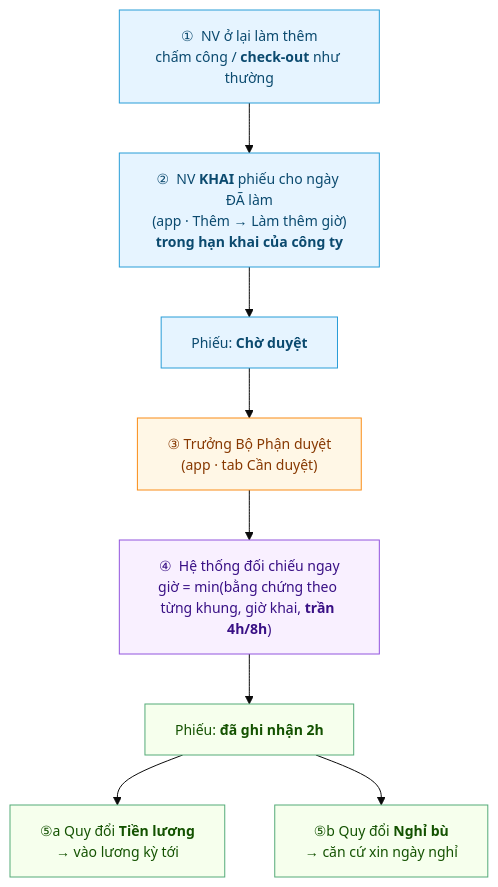
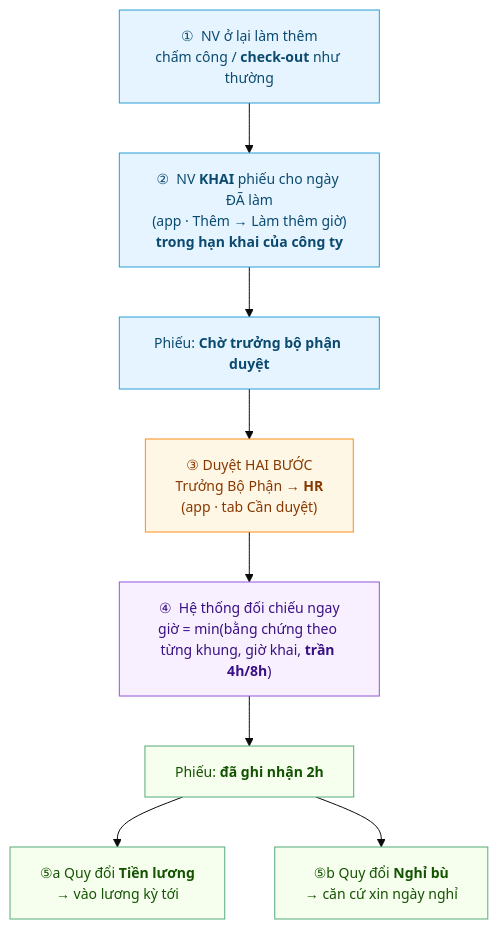
The diagram in users/Hanh-Trinh-OT.md (CobeGroup/cobe_erp_documents), drawn with Mermaid before and after one commit. The commit also changed other lines of this file and 18 other files, not shown here.

````diff
--- a/users/Hanh-Trinh-OT.md
+++ b/users/Hanh-Trinh-OT.md
@@ -32,19 +32,19 @@
 ```mermaid
 %%{init:{'theme':'base','themeVariables':{'fontSize':'14px'}}}%%
 flowchart TB
   classDef nv fill:#e6f4ff,stroke:#299dd8,color:#0b4a6f;
   classDef mg fill:#fff7e6,stroke:#fa8c16,color:#873800;
   classDef sys fill:#f9f0ff,stroke:#9254de,color:#391085;
   classDef ok fill:#f6ffed,stroke:#54ab78,color:#135200;
   A["①  NV ở lại làm thêm<br/>chấm công / <b>check-out</b> như thường"]:::nv
   B["②  NV <b>KHAI</b> phiếu cho ngày ĐÃ làm<br/>(app · Thêm → Làm thêm giờ)<br/><b>trong hạn khai của công ty</b>"]:::nv
-  C["Phiếu: <b>Chờ duyệt</b>"]:::nv
-  D["③  Trưởng Bộ Phận duyệt<br/>(app · tab Cần duyệt)"]:::mg
+  C["Phiếu: <b>Chờ trưởng bộ phận duyệt</b>"]:::nv
+  D["③  Duyệt HAI BƯỚC<br/>Trưởng Bộ Phận → <b>HR</b><br/>(app · tab Cần duyệt)"]:::mg
   E["④  Hệ thống đối chiếu ngay<br/>giờ = min(bằng chứng theo từng khung, giờ khai, <b>trần 4h/8h</b>)"]:::sys
   F["Phiếu: <b>đã ghi nhận 2h</b>"]:::ok
   G["⑤a  Quy đổi <b>Tiền lương</b><br/>→ vào lương kỳ tới"]:::ok
   H["⑤b  Quy đổi <b>Nghỉ bù</b><br/>→ căn cứ xin ngày nghỉ"]:::ok
   A --> B --> C --> D --> E --> F
   F --> G
   F --> H
 ```
````
